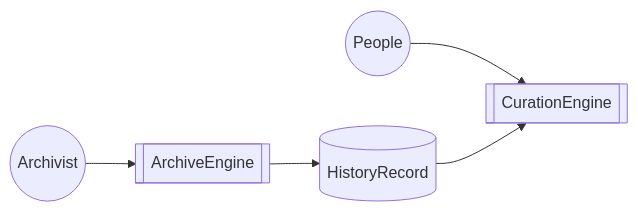
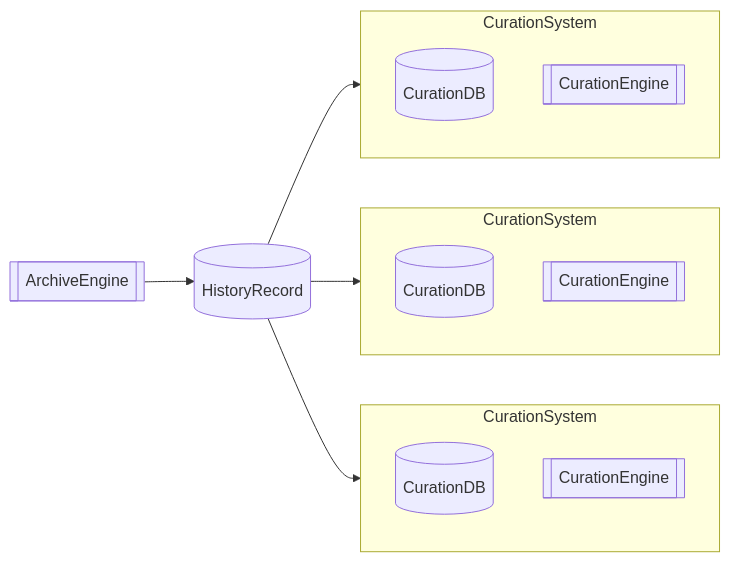
Before and after one commit to butackle/ChronicleStore: the first of 2 diagrams in README.md, drawn with Mermaid. The commit also changed other lines of this file, not shown here.

Commit message:
update README.md to enhance flowchart representation of CurationSystem and clarify descriptions

````diff
--- a/README.md
+++ b/README.md
@@ -3,7 +3,23 @@
 ```mermaid
 flowchart LR
-  P((People)) --> CE[[CurationEngine]]
-  A((Archivist)) --> AE[[ArchiveEngine]]
+  AE[[ArchiveEngine]]
   AE --> HR[(HistoryRecord)]
-  HR --> CE
+
+  subgraph CS1[CurationSystem]
+    CEDB1[(CurationDB)]
+    CE1[[CurationEngine]]
+  end
+  HR --> CS1
+
+  subgraph CS2[CurationSystem]
+    CEDB2[(CurationDB)]
+    CE2[[CurationEngine]]
+  end
+  HR --> CS2
+
+  subgraph CS3[CurationSystem]
+    CEDB3[(CurationDB)]
+    CE3[[CurationEngine]]
+  end
+  HR --> CS3  
 ```
````
